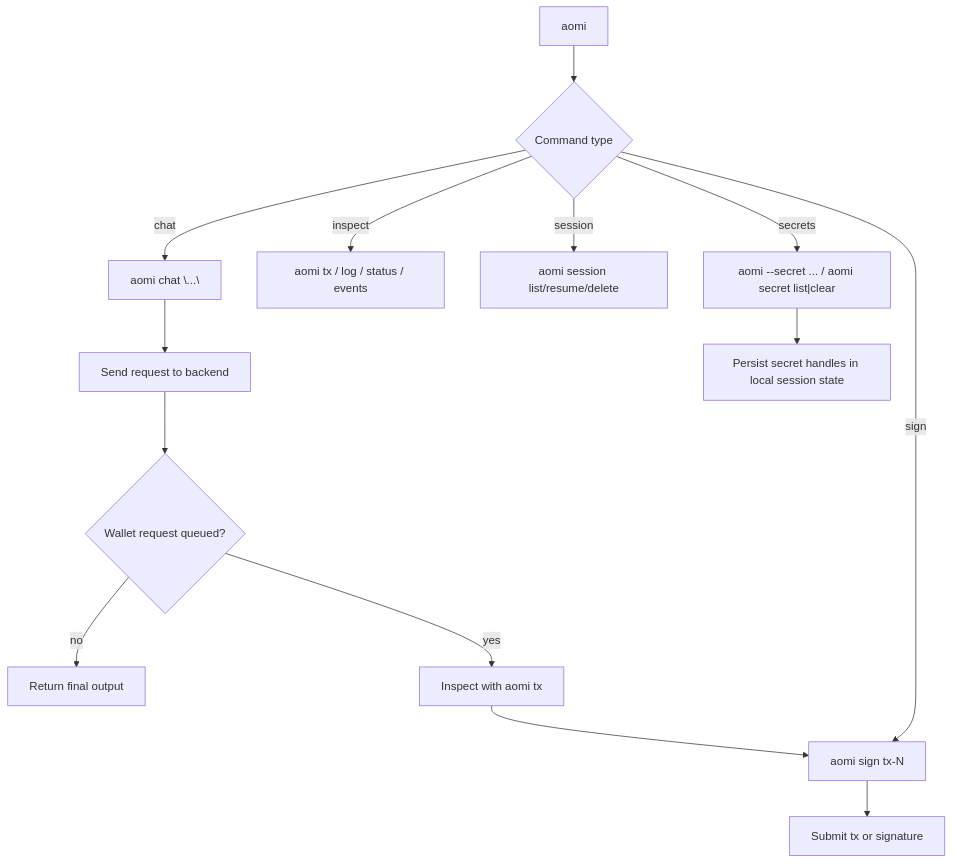
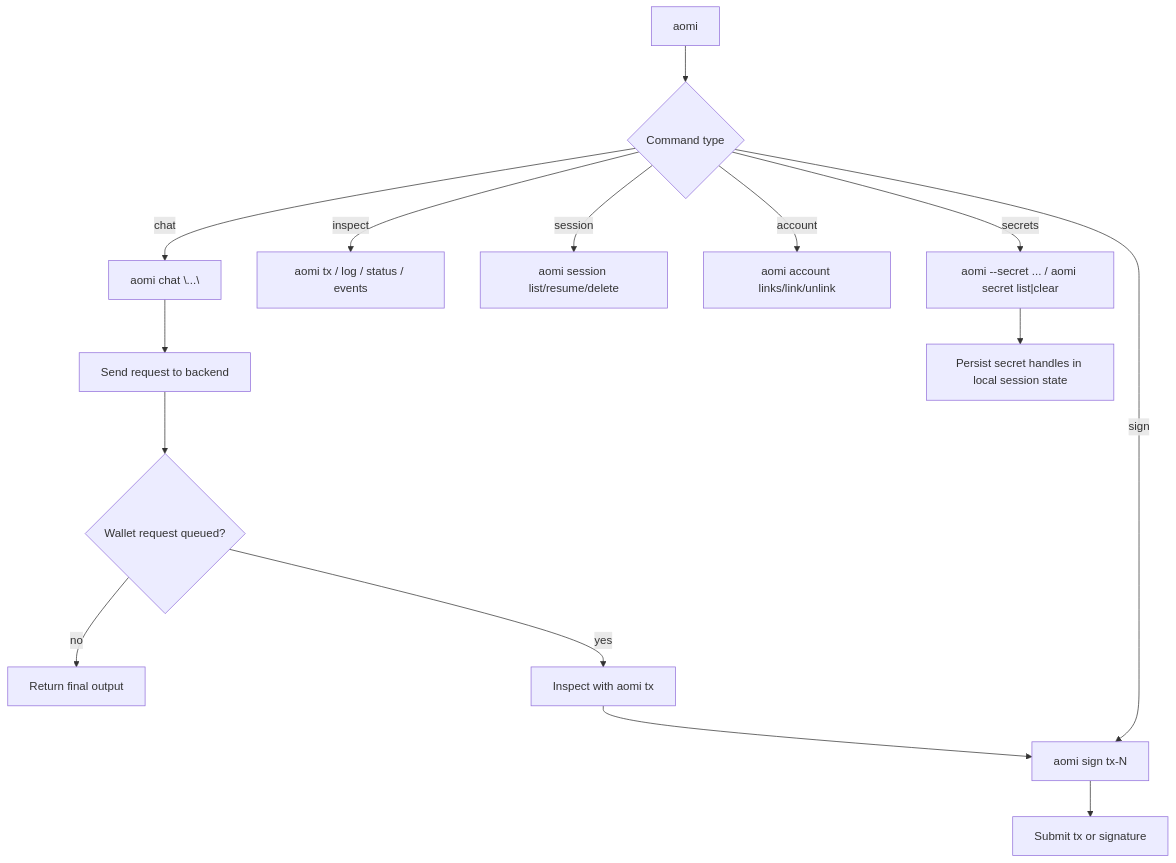
One commit to aomi-labs/aomi-widget changed the first of 2 diagrams in apps/landing/content/guides/advanced/cli.mdx. Above: the diagram before and after it, drawn with Mermaid. The commit also changed other lines of this file and 73 other files, not shown here.

Commit message:
Clean up auth BFF BetterAuth flow

````diff
--- a/apps/landing/content/guides/advanced/cli.mdx
+++ b/apps/landing/content/guides/advanced/cli.mdx
@@ -67,17 +78,18 @@
 ```mermaid
 flowchart TD
     START["aomi"] --> MODE{"Command type"}
     MODE -->|"chat"| CHAT["aomi chat \"...\""]
     MODE -->|"inspect"| INSPECT["aomi tx / log / status / events"]
     MODE -->|"session"| SESSION["aomi session list/resume/delete"]
+    MODE -->|"account"| ACCOUNT["aomi account links/link/unlink"]
     MODE -->|"secrets"| SECRET["aomi --secret ... / aomi secret list|clear"]
     MODE -->|"sign"| SIGN["aomi sign tx-N"]
 
     CHAT --> BACKEND["Send request to backend"]
     SECRET --> STATE["Persist secret handles in local session state"]
     BACKEND --> QUEUE{"Wallet request queued?"}
     QUEUE -->|"no"| DONE["Return final output"]
     QUEUE -->|"yes"| TX["Inspect with aomi tx"]
     TX --> SIGN
     SIGN --> RESULT["Submit tx or signature"]
 ```
````
